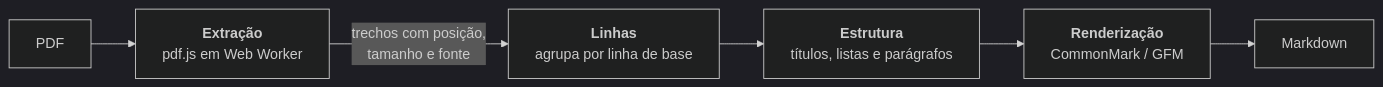
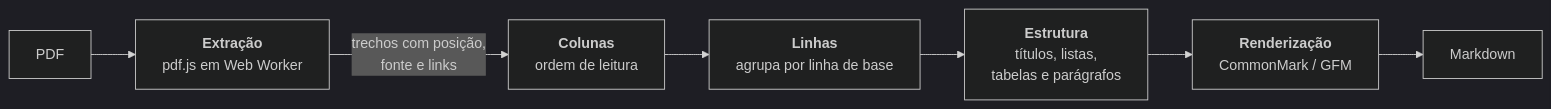
One commit to joaopedrogurgel/markDOWN changed the diagram in README.md. Above: the diagram before and after it, drawn with Mermaid (dark theme). The commit also changed other lines of this file and 77 other files, not shown here.

Commit message:
markDOWN 2.0: colunas, tabelas, links, editor, histórico e modo offline

````diff
--- a/README.md
+++ b/README.md
@@ -52,8 +55,9 @@
 ```mermaid
 flowchart LR
     A[PDF] --> B["<b>Extração</b><br/>pdf.js em Web Worker"]
-    B -->|trechos com posição,<br/>tamanho e fonte| C["<b>Linhas</b><br/>agrupa por linha de base"]
-    C --> D["<b>Estrutura</b><br/>títulos, listas e parágrafos"]
-    D --> E["<b>Renderização</b><br/>CommonMark / GFM"]
-    E --> F[Markdown]
+    B -->|trechos com posição,<br/>fonte e links| C["<b>Colunas</b><br/>ordem de leitura"]
+    C --> D["<b>Linhas</b><br/>agrupa por linha de base"]
+    D --> E["<b>Estrutura</b><br/>títulos, listas,<br/>tabelas e parágrafos"]
+    E --> F["<b>Renderização</b><br/>CommonMark / GFM"]
+    F --> G[Markdown]
 ```
````
